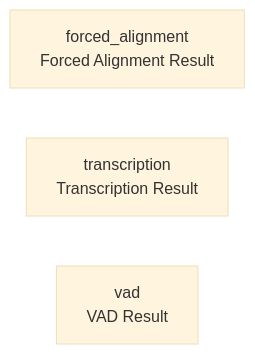
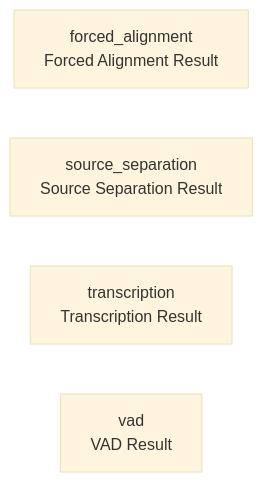
Before and after one commit to cj-mills/cjm-capability-primitives: the diagram in README.md, drawn with Mermaid (base theme). The commit also changed other lines of this file and 1 other file, not shown here.

````diff
--- a/README.md
+++ b/README.md
@@ -23,6 +24,7 @@
 ``` mermaid
 graph LR
     forced_alignment["forced_alignment<br/>Forced Alignment Result"]
+    source_separation["source_separation<br/>Source Separation Result"]
     transcription["transcription<br/>Transcription Result"]
     vad["vad<br/>VAD Result"]
 ```
````
